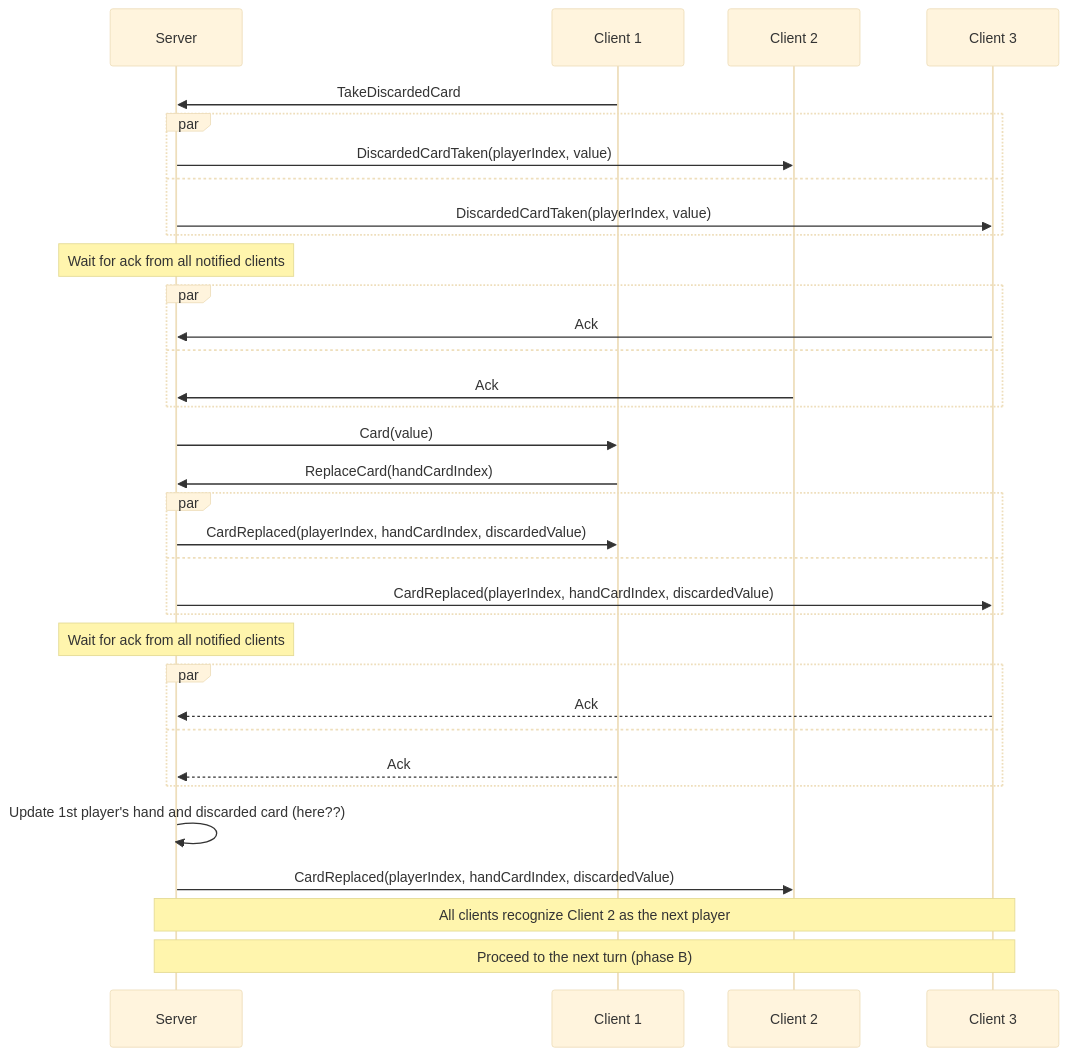
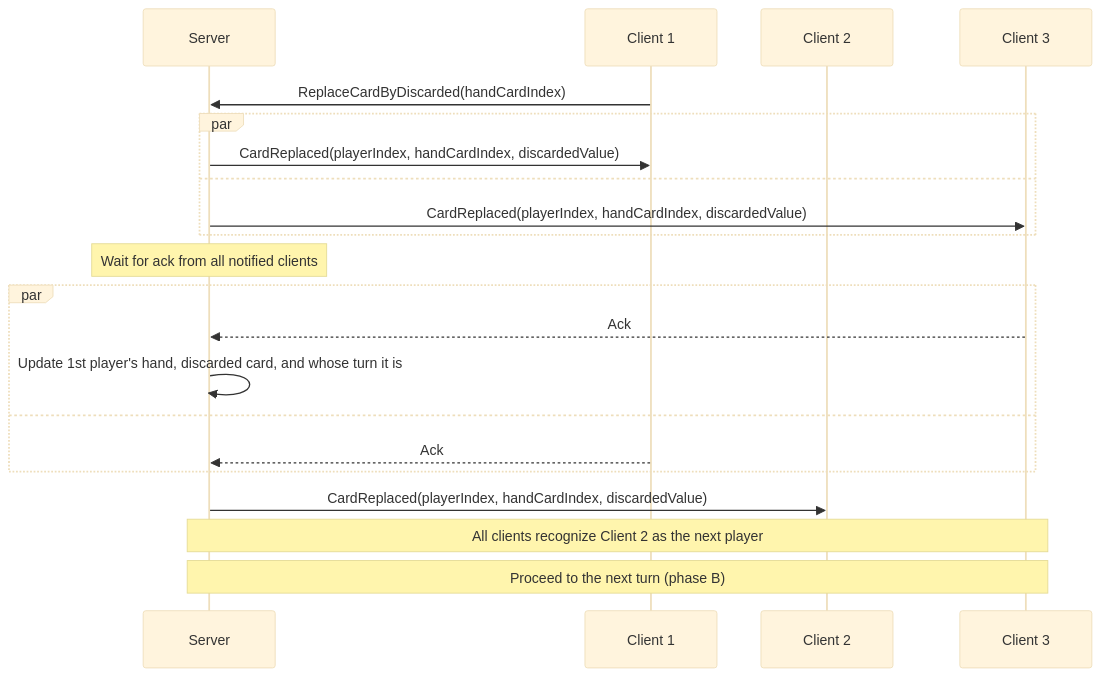
One commit to roman-zubarevich/another changed the third of 13 diagrams in README.md. Above: the diagram before and after it, drawn with Mermaid (base theme). The commit also changed other lines of this file, not shown here.

Commit message:
adjust readme

````diff
--- a/README.md
+++ b/README.md
@@ -72,36 +77,23 @@
 ```mermaid
 sequenceDiagram
     participant S as Server
     participant C1 as Client 1
     participant C2 as Client 2
     participant C3 as Client 3
-    C1->>S: TakeDiscardedCard
-    par
-        S->>C2: DiscardedCardTaken(playerIndex, value)
-    and
-        S->>C3: DiscardedCardTaken(playerIndex, value)
-    end
-    Note over S: Wait for ack from all notified clients
-    par
-        C3->>S: Ack
-    and
-        C2->>S: Ack
-    end
-    S->>C1: Card(value)
-    C1->>S: ReplaceCard(handCardIndex)
+    C1->>S: ReplaceCardByDiscarded(handCardIndex)
     par
         S->>C1: CardReplaced(playerIndex, handCardIndex, discardedValue)
     and
         S->>C3: CardReplaced(playerIndex, handCardIndex, discardedValue)
     end
     Note over S: Wait for ack from all notified clients
     par
         C3-->>S: Ack
+        S->>S: Update 1st player's hand, discarded card, and whose turn it is
     and
         C1-->>S: Ack
     end
-    S->>S: Update 1st player's hand and discarded card (here??)
     S->>C2: CardReplaced(playerIndex, handCardIndex, discardedValue)
     Note over S,C3: All clients recognize Client 2 as the next player
     Note over S,C3: Proceed to the next turn (phase B)
 ```
````
